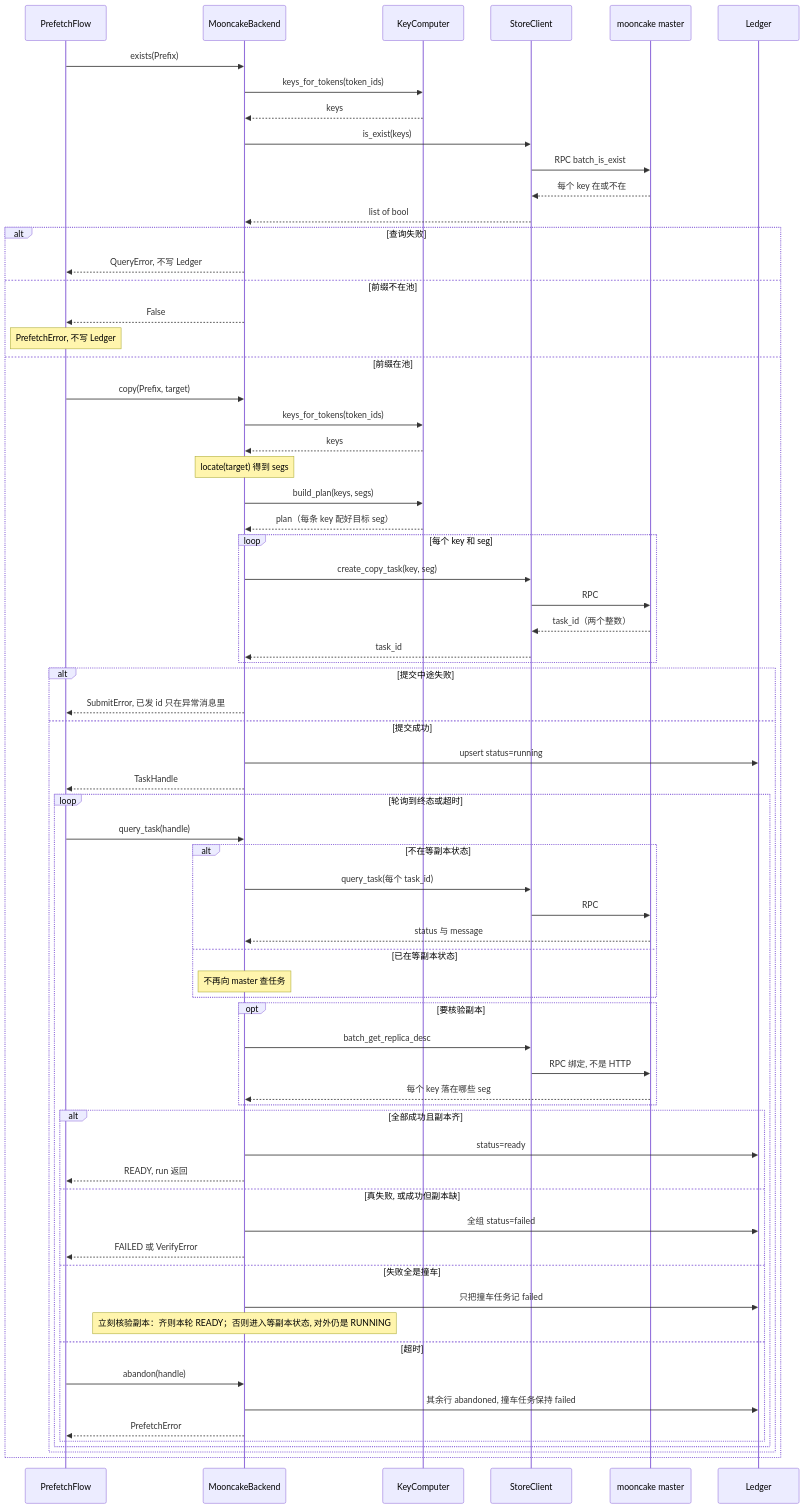
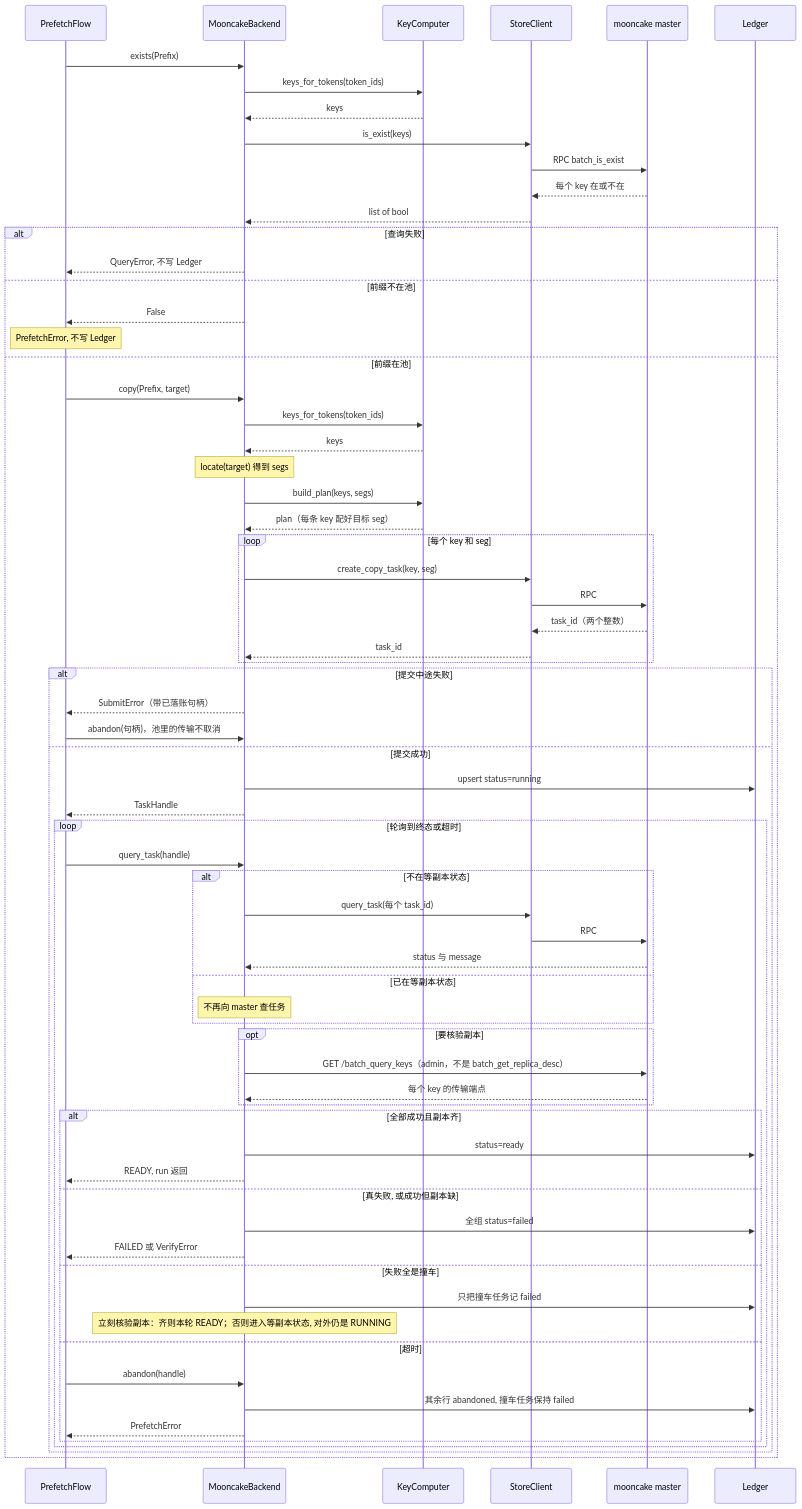
One commit to 5x8-40/lake changed the diagram in kvcm/design/flows/prefetch.md. Above: the diagram before and after it, drawn with Mermaid. The commit also changed other lines of this file and 17 other files, not shown here.

````diff
--- a/kvcm/design/flows/prefetch.md
+++ b/kvcm/design/flows/prefetch.md
@@ -21,71 +21,71 @@
 ```mermaid
 sequenceDiagram
     participant Flow as PrefetchFlow
     participant BE as MooncakeBackend
     participant KC as KeyComputer
     participant SC as StoreClient
     participant M as mooncake master
     participant DB as Ledger
 
     Flow->>BE: exists(Prefix)
     BE->>KC: keys_for_tokens(token_ids)
     KC-->>BE: keys
     BE->>SC: is_exist(keys)
     SC->>M: RPC batch_is_exist
     M-->>SC: 每个 key 在或不在
     SC-->>BE: list of bool
     alt 查询失败
         BE-->>Flow: QueryError, 不写 Ledger
     else 前缀不在池
         BE-->>Flow: False
         Note over Flow: PrefetchError, 不写 Ledger
     else 前缀在池
         Flow->>BE: copy(Prefix, target)
         BE->>KC: keys_for_tokens(token_ids)
         KC-->>BE: keys
         Note over BE: locate(target) 得到 segs
         BE->>KC: build_plan(keys, segs)
         KC-->>BE: plan（每条 key 配好目标 seg）
         loop 每个 key 和 seg
             BE->>SC: create_copy_task(key, seg)
             SC->>M: RPC
             M-->>SC: task_id（两个整数）
             SC-->>BE: task_id
         end
         alt 提交中途失败
-            BE-->>Flow: SubmitError, 已发 id 只在异常消息里
+            BE-->>Flow: SubmitError（带已落账句柄）
+            Flow->>BE: abandon(句柄)，池里的传输不取消
         else 提交成功
             BE->>DB: upsert status=running
             BE-->>Flow: TaskHandle
             loop 轮询到终态或超时
                 Flow->>BE: query_task(handle)
                 alt 不在等副本状态
                     BE->>SC: query_task(每个 task_id)
                     SC->>M: RPC
                     M-->>BE: status 与 message
                 else 已在等副本状态
                     Note over BE: 不再向 master 查任务
                 end
                 opt 要核验副本
-                    BE->>SC: batch_get_replica_desc
-                    SC->>M: RPC 绑定, 不是 HTTP
-                    M-->>BE: 每个 key 落在哪些 seg
+                    BE->>M: GET /batch_query_keys（admin，不是 batch_get_replica_desc）
+                    M-->>BE: 每个 key 的传输端点
                 end
                 alt 全部成功且副本齐
                     BE->>DB: status=ready
                     BE-->>Flow: READY, run 返回
                 else 真失败, 或成功但副本缺
                     BE->>DB: 全组 status=failed
                     BE-->>Flow: FAILED 或 VerifyError
                 else 失败全是撞车
                     BE->>DB: 只把撞车任务记 failed
                     Note over BE: 立刻核验副本：齐则本轮 READY；否则进入等副本状态, 对外仍是 RUNNING
                 else 超时
                     Flow->>BE: abandon(handle)
                     BE->>DB: 其余行 abandoned, 撞车任务保持 failed
                     BE-->>Flow: PrefetchError
                 end
             end
         end
     end
 ```
````
